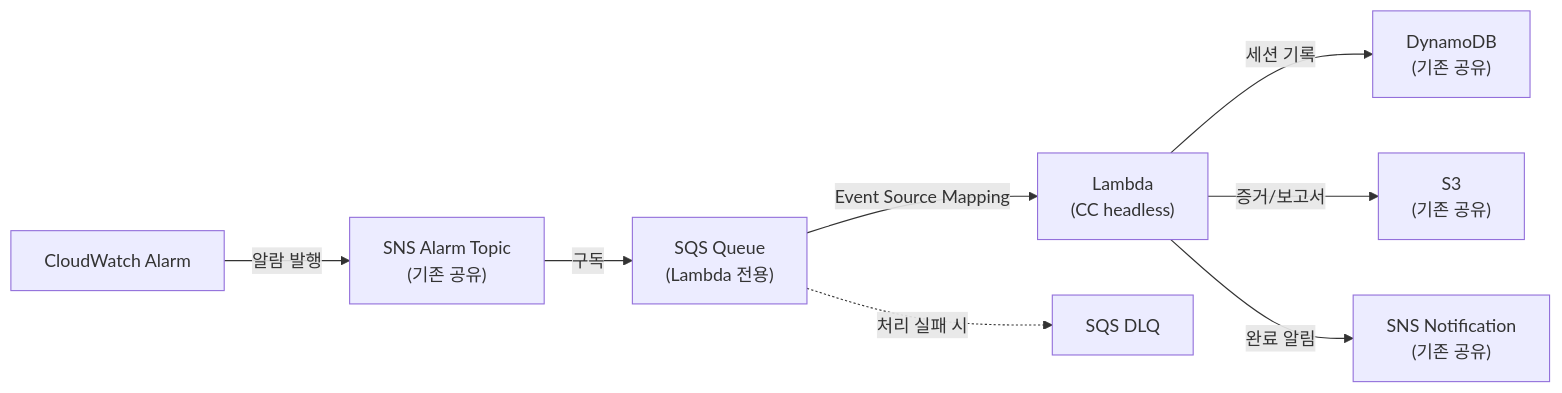
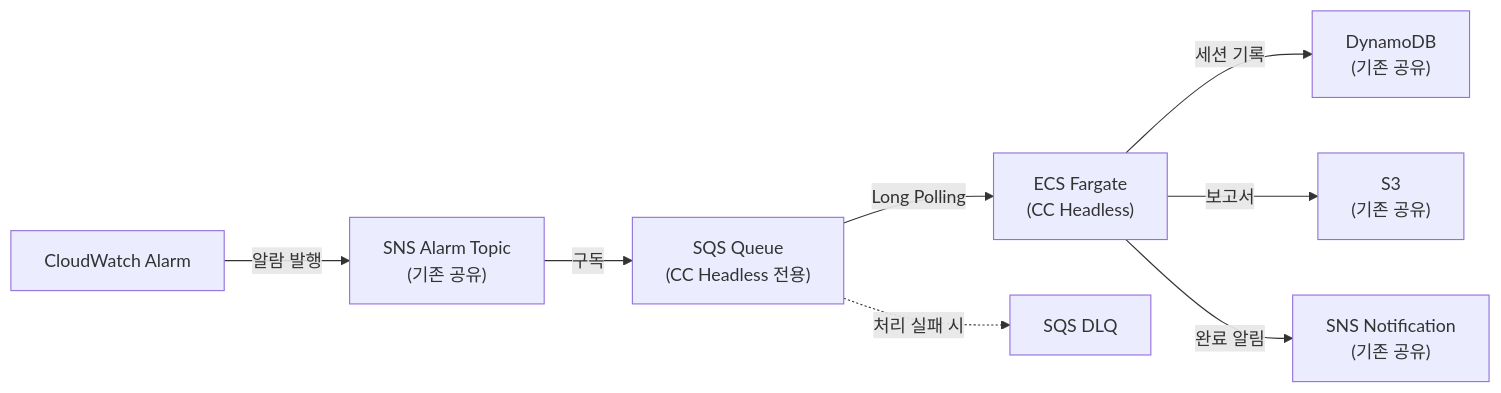
One commit to haandol/rca-agent changed the diagram in docs/adr/infra/0003-lambda-cc-headless-stack.md. Above: the diagram before and after it, drawn with Mermaid. The commit also changed other lines of this file and 9 other files, not shown here.

````diff
--- a/docs/adr/infra/0003-lambda-cc-headless-stack.md
+++ b/docs/adr/infra/0003-lambda-cc-headless-stack.md
@@ -28,10 +26,10 @@
 ```mermaid
 flowchart LR
     CWA["CloudWatch Alarm"] -->|알람 발행| SNS["SNS Alarm Topic\n(기존 공유)"]
-    SNS -->|구독| SQS_L["SQS Queue\n(Lambda 전용)"]
-    SQS_L -->|Event Source Mapping| Lambda["Lambda\n(CC headless)"]
-    SQS_L -.->|처리 실패 시| DLQ_L["SQS DLQ"]
-    Lambda -->|세션 기록| DDB["DynamoDB\n(기존 공유)"]
-    Lambda -->|증거/보고서| S3["S3\n(기존 공유)"]
-    Lambda -->|완료 알림| SNS_N["SNS Notification\n(기존 공유)"]
+    SNS -->|구독| SQS_CC["SQS Queue\n(CC Headless 전용)"]
+    SQS_CC -->|Long Polling| Fargate_CC["ECS Fargate\n(CC Headless)"]
+    SQS_CC -.->|처리 실패 시| DLQ["SQS DLQ"]
+    Fargate_CC -->|세션 기록| DDB["DynamoDB\n(기존 공유)"]
+    Fargate_CC -->|보고서| S3["S3\n(기존 공유)"]
+    Fargate_CC -->|완료 알림| SNS_N["SNS Notification\n(기존 공유)"]
 ```
````
